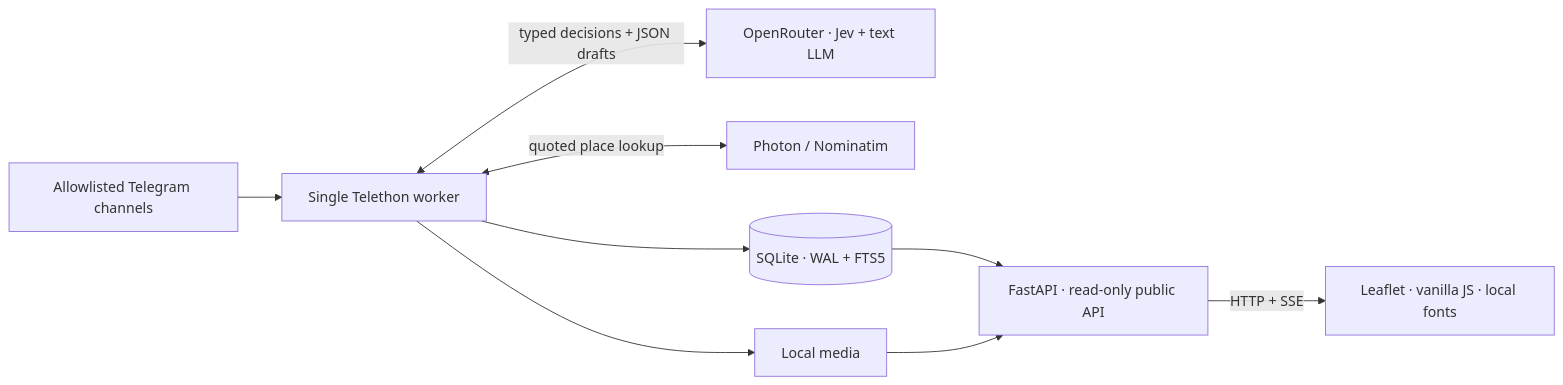
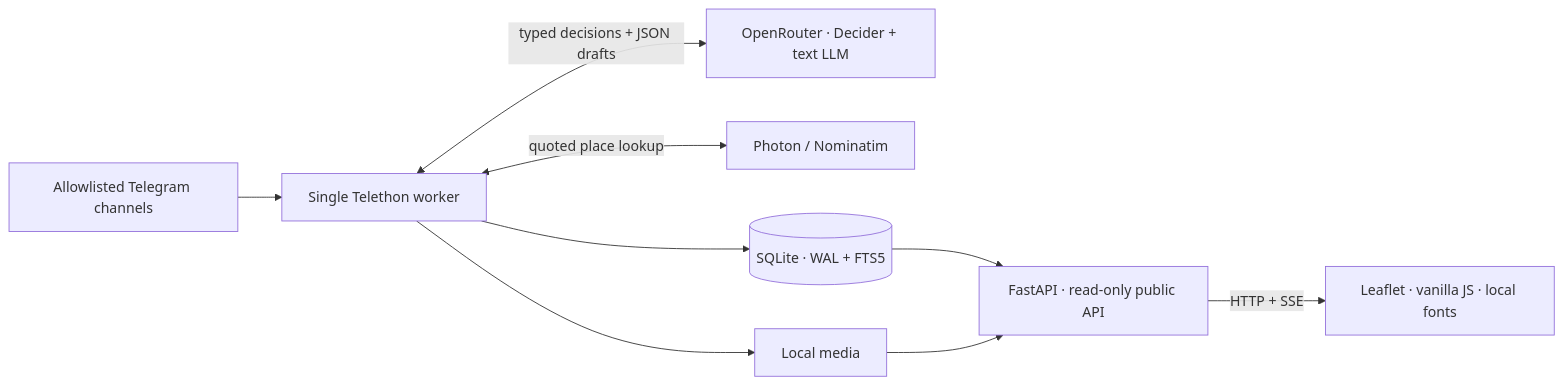
One commit to ashromanov/mapexp changed the second of 2 diagrams in README.md. Above: the diagram before and after it, drawn with Mermaid. The commit also changed other lines of this file and 5 other files, not shown here.

Commit message:
Switch synthesis to DeepSeek 1017 and decisions to Perplexity Decider

````diff
--- a/README.md
+++ b/README.md
@@ -130,11 +130,11 @@
 ```mermaid
 flowchart LR
     TG["Allowlisted Telegram channels"] --> IN["Single Telethon worker"]
-    IN <-->|typed decisions + JSON drafts| ML["OpenRouter · Jev + text LLM"]
+    IN <-->|typed decisions + JSON drafts| ML["OpenRouter · Decider + text LLM"]
     IN <-->|quoted place lookup| GEO["Photon / Nominatim"]
     IN --> DB[("SQLite · WAL + FTS5")]
     IN --> FILES["Local media"]
     DB --> API["FastAPI · read-only public API"]
     FILES --> API
     API -->|HTTP + SSE| UI["Leaflet · vanilla JS · local fonts"]
 ```
````
